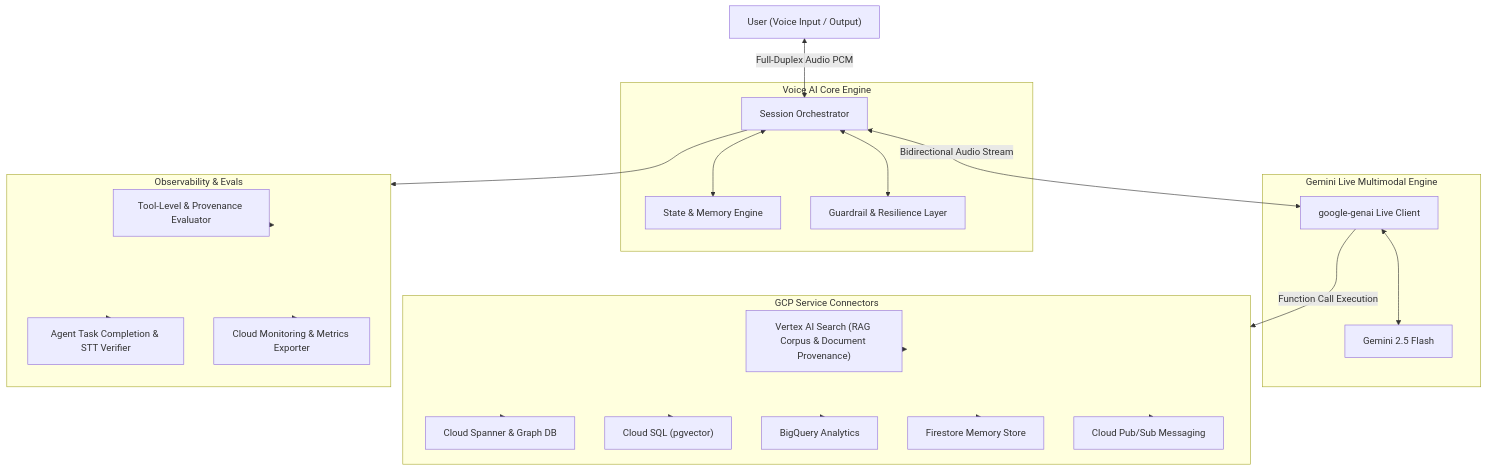
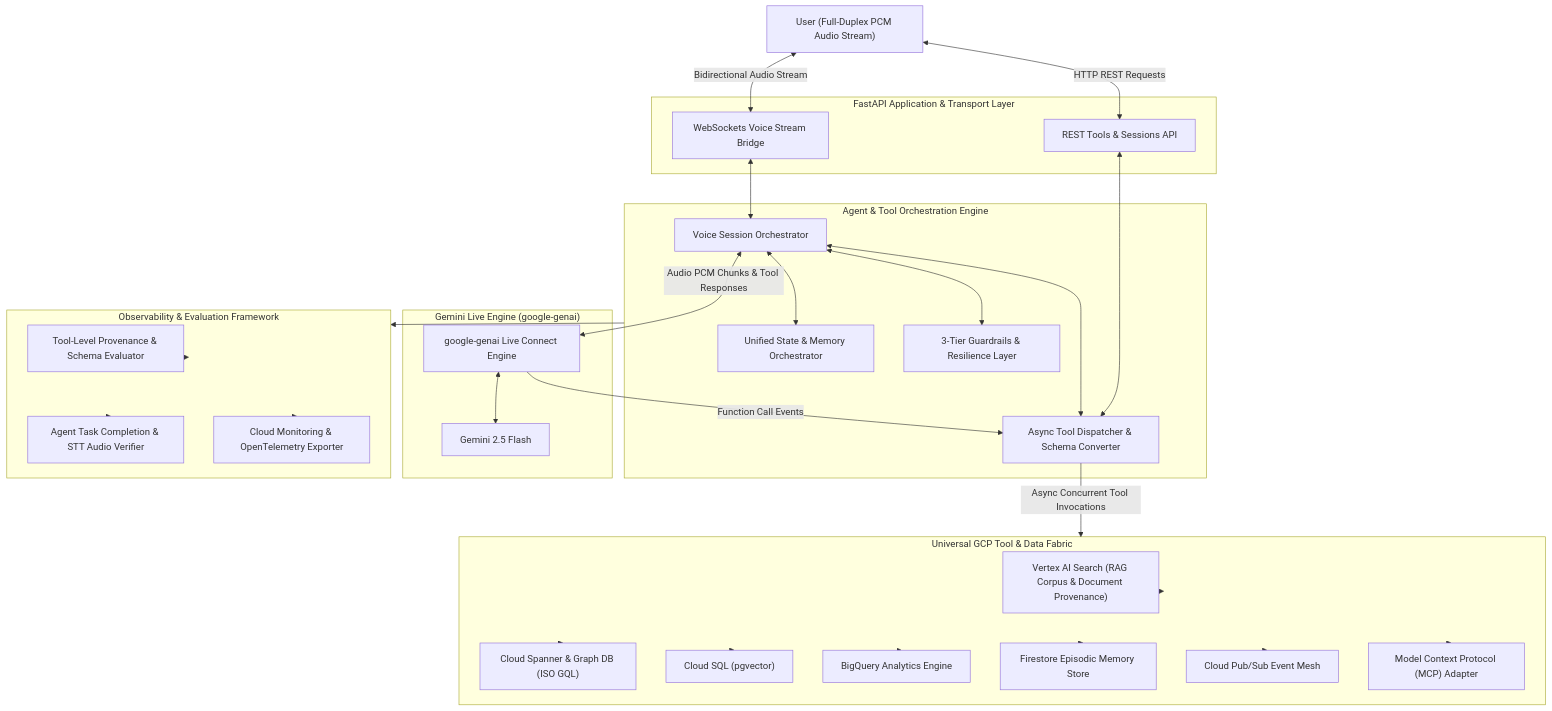
The diagram in README.md (bhav09/gcp-voice-ai-framework), drawn with Mermaid before and after one commit. The commit also changed other lines of this file, not shown here.

Commit message:
docs: detail Agent & Tool Orchestration Layer in architecture flow

````diff
--- a/README.md
+++ b/README.md
@@ -7,50 +7,66 @@
 ```mermaid
 flowchart TD
-    User["User (Voice Input / Output)"]
+    User["User (Full-Duplex PCM Audio Stream)"]
     
-    subgraph CoreEngine["Voice AI Core Engine"]
-        Orchestrator["Session Orchestrator"]
-        MemoryState["State & Memory Engine"]
-        GuardrailsEngine["Guardrail & Resilience Layer"]
+    subgraph ServiceLayer["FastAPI Application & Transport Layer"]
+        WSBridge["WebSockets Voice Stream Bridge"]
+        RESTService["REST Tools & Sessions API"]
     end
 
-    subgraph GeminiLive["Gemini Live Multimodal Engine"]
-        GenAIClient["google-genai Live Client"]
+    subgraph AgentOrchestration["Agent & Tool Orchestration Engine"]
+        SessionOrchestrator["Voice Session Orchestrator"]
+        ToolDispatcher["Async Tool Dispatcher & Schema Converter"]
+        MemoryState["Unified State & Memory Orchestrator"]
+        GuardrailsEngine["3-Tier Guardrails & Resilience Layer"]
+    end
+
+    subgraph GeminiLiveEngine["Gemini Live Engine (google-genai)"]
+        LiveClient["google-genai Live Connect Engine"]
         GeminiModel["Gemini 2.5 Flash"]
     end
 
-    subgraph GCPConnectors["GCP Service Connectors"]
+    subgraph GCPFabric["Universal GCP Tool & Data Fabric"]
         RAGCorpus["Vertex AI Search (RAG Corpus & Document Provenance)"]
-        SpannerDB["Cloud Spanner & Graph DB"]
+        SpannerDB["Cloud Spanner & Graph DB (ISO GQL)"]
         RelationalSQL["Cloud SQL (pgvector)"]
-        DataWarehouse["BigQuery Analytics"]
-        NoSQLDoc["Firestore Memory Store"]
-        EventPubSub["Cloud Pub/Sub Messaging"]
+        DataWarehouse["BigQuery Analytics Engine"]
+        NoSQLStore["Firestore Episodic Memory Store"]
+        EventPubSub["Cloud Pub/Sub Event Mesh"]
+        MCPAdapter["Model Context Protocol (MCP) Adapter"]
     end
 
-    subgraph ObservabilityEvals["Observability & Evals"]
-        ToolEvals["Tool-Level & Provenance Evaluator"]
-        AgentEvals["Agent Task Completion & STT Verifier"]
-        CloudMetrics["Cloud Monitoring & Metrics Exporter"]
+    subgraph ObservabilityFramework["Observability & Evaluation Framework"]
+        ToolEvaluator["Tool-Level Provenance & Schema Evaluator"]
+        AgentEvaluator["Agent Task Completion & STT Audio Verifier"]
+        TelemetryExporter["Cloud Monitoring & OpenTelemetry Exporter"]
     end
 
-    User <-->|Full-Duplex Audio PCM| Orchestrator
-    Orchestrator <--> MemoryState
-    Orchestrator <--> GuardrailsEngine
+    User <-->|Bidirectional Audio Stream| WSBridge
+    User <-->|HTTP REST Requests| RESTService
 
-    Orchestrator <-->|Bidirectional Audio Stream| GenAIClient
-    GenAIClient <--> GeminiModel
+    WSBridge <--> SessionOrchestrator
+    RESTService <--> ToolDispatcher
 
-    GenAIClient -->|Function Call Execution| GCPConnectors
-    GCPConnectors --> RAGCorpus
-    GCPConnectors --> SpannerDB
-    GCPConnectors --> RelationalSQL
-    GCPConnectors --> DataWarehouse
-    GCPConnectors --> NoSQLDoc
-    GCPConnectors --> EventPubSub
+    SessionOrchestrator <--> MemoryState
+    SessionOrchestrator <--> GuardrailsEngine
+    SessionOrchestrator <--> ToolDispatcher
 
-    Orchestrator --> ObservabilityEvals
-    ObservabilityEvals --> ToolEvals
-    ObservabilityEvals --> AgentEvals
-    ObservabilityEvals --> CloudMetrics
+    SessionOrchestrator <-->|Audio PCM Chunks & Tool Responses| LiveClient
+    LiveClient <--> GeminiModel
+
+    LiveClient -->|Function Call Events| ToolDispatcher
+    ToolDispatcher -->|Async Concurrent Tool Invocations| GCPFabric
+    
+    GCPFabric --> RAGCorpus
+    GCPFabric --> SpannerDB
+    GCPFabric --> RelationalSQL
+    GCPFabric --> DataWarehouse
+    GCPFabric --> NoSQLStore
+    GCPFabric --> EventPubSub
+    GCPFabric --> MCPAdapter
+
+    AgentOrchestration --> ObservabilityFramework
+    ObservabilityFramework --> ToolEvaluator
+    ObservabilityFramework --> AgentEvaluator
+    ObservabilityFramework --> TelemetryExporter
 ```
````
